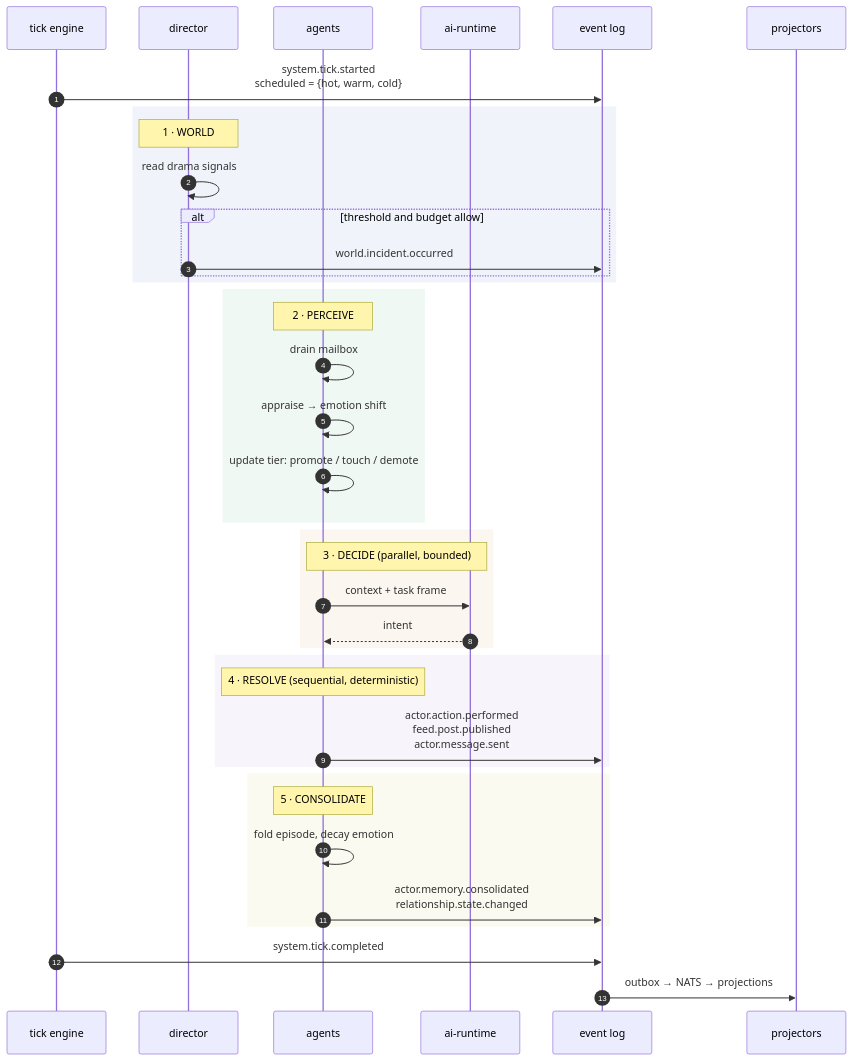
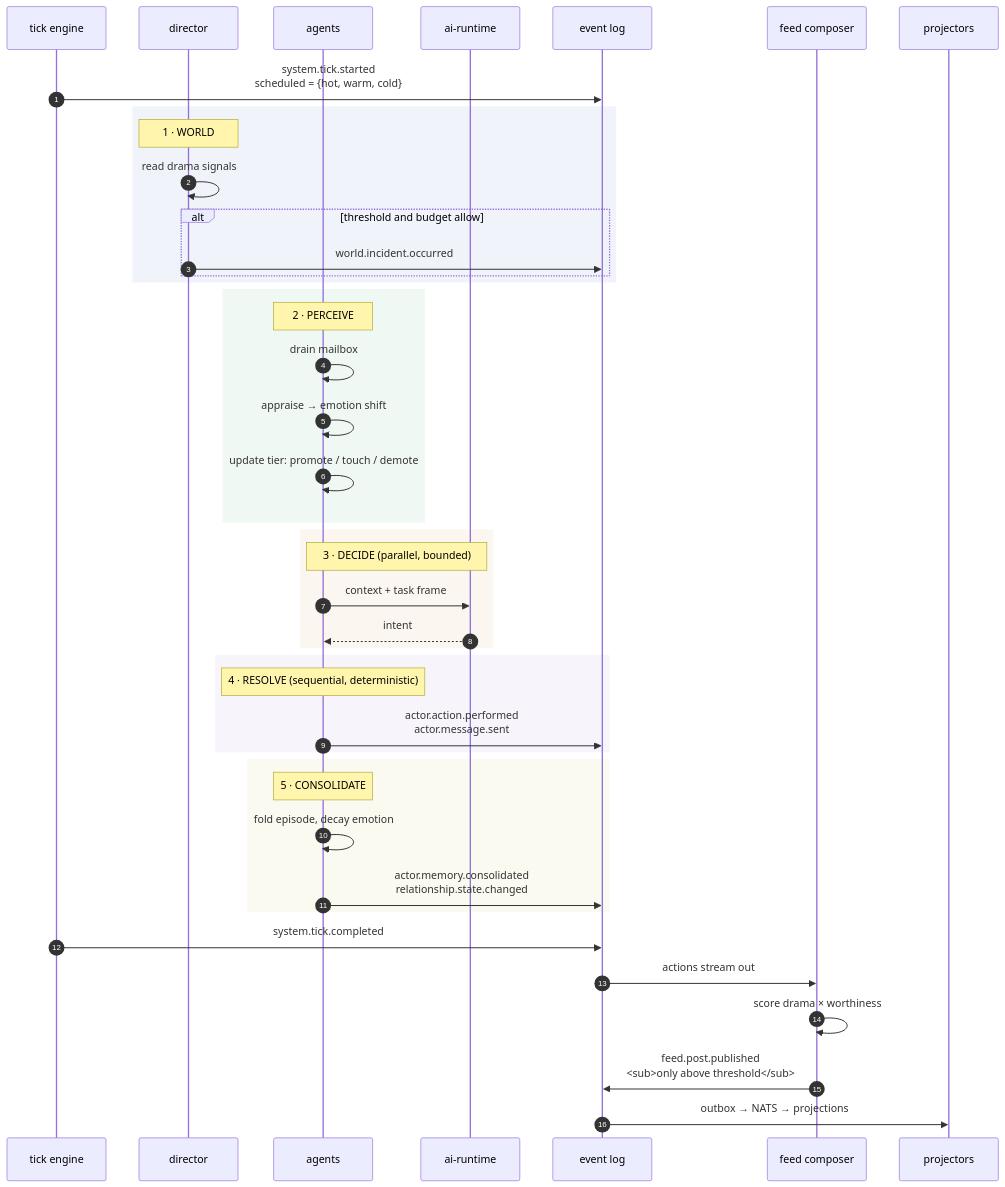
Before and after one commit to showjihyun/livingfeed: the first of 7 diagrams in guide/workflow.md, drawn with Mermaid. The commit also changed other lines of this file and 5 other files, not shown here.

````diff
--- a/guide/workflow.md
+++ b/guide/workflow.md
@@ -23,47 +23,52 @@
 ```mermaid
 sequenceDiagram
     autonumber
     participant T as tick engine
     participant D as director
     participant A as agents
     participant AI as ai-runtime
     participant ES as event log
+    participant FC as feed composer
     participant PR as projectors
 
     T->>ES: system.tick.started<br/>scheduled = {hot, warm, cold}
 
     rect rgb(240, 244, 250)
     Note over D: 1 · WORLD
     D->>D: read drama signals
     alt threshold and budget allow
         D->>ES: world.incident.occurred
     end
     end
 
     rect rgb(240, 248, 244)
     Note over A: 2 · PERCEIVE
     A->>A: drain mailbox
     A->>A: appraise → emotion shift
     A->>A: update tier: promote / touch / demote
     end
 
     rect rgb(252, 246, 240)
     Note over A,AI: 3 · DECIDE (parallel, bounded)
     A->>AI: context + task frame
     AI-->>A: intent
     end
 
     rect rgb(248, 244, 252)
     Note over A: 4 · RESOLVE (sequential, deterministic)
-    A->>ES: actor.action.performed<br/>feed.post.published<br/>actor.message.sent
+    A->>ES: actor.action.performed<br/>actor.message.sent
     end
 
     rect rgb(250, 250, 240)
     Note over A: 5 · CONSOLIDATE
     A->>A: fold episode, decay emotion
     A->>ES: actor.memory.consolidated<br/>relationship.state.changed
     end
 
     T->>ES: system.tick.completed
+
+    ES->>FC: actions stream out
+    FC->>FC: score drama × worthiness
+    FC->>ES: feed.post.published<br/><sub>only above threshold</sub>
     ES->>PR: outbox → NATS → projections
 ```
````
